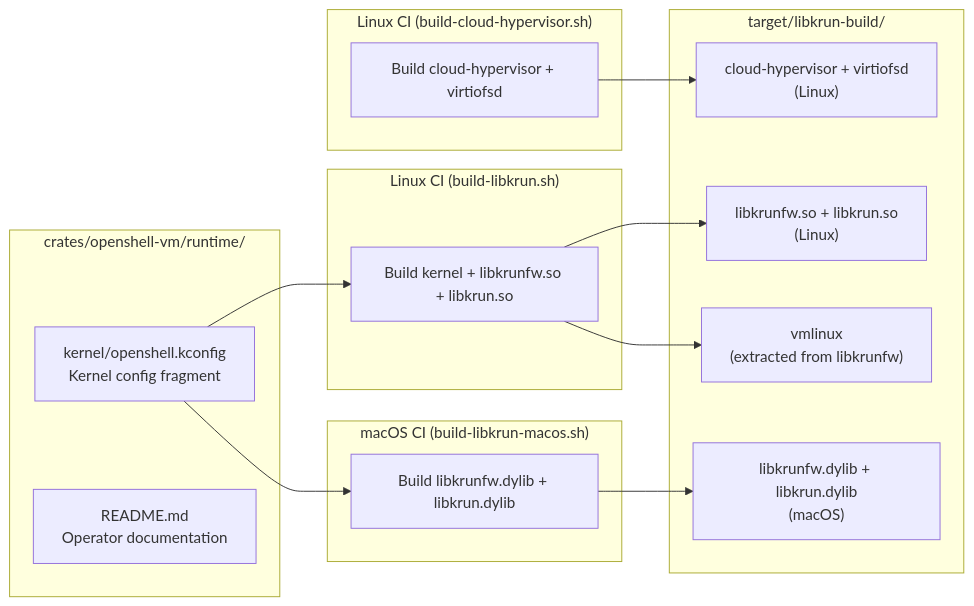
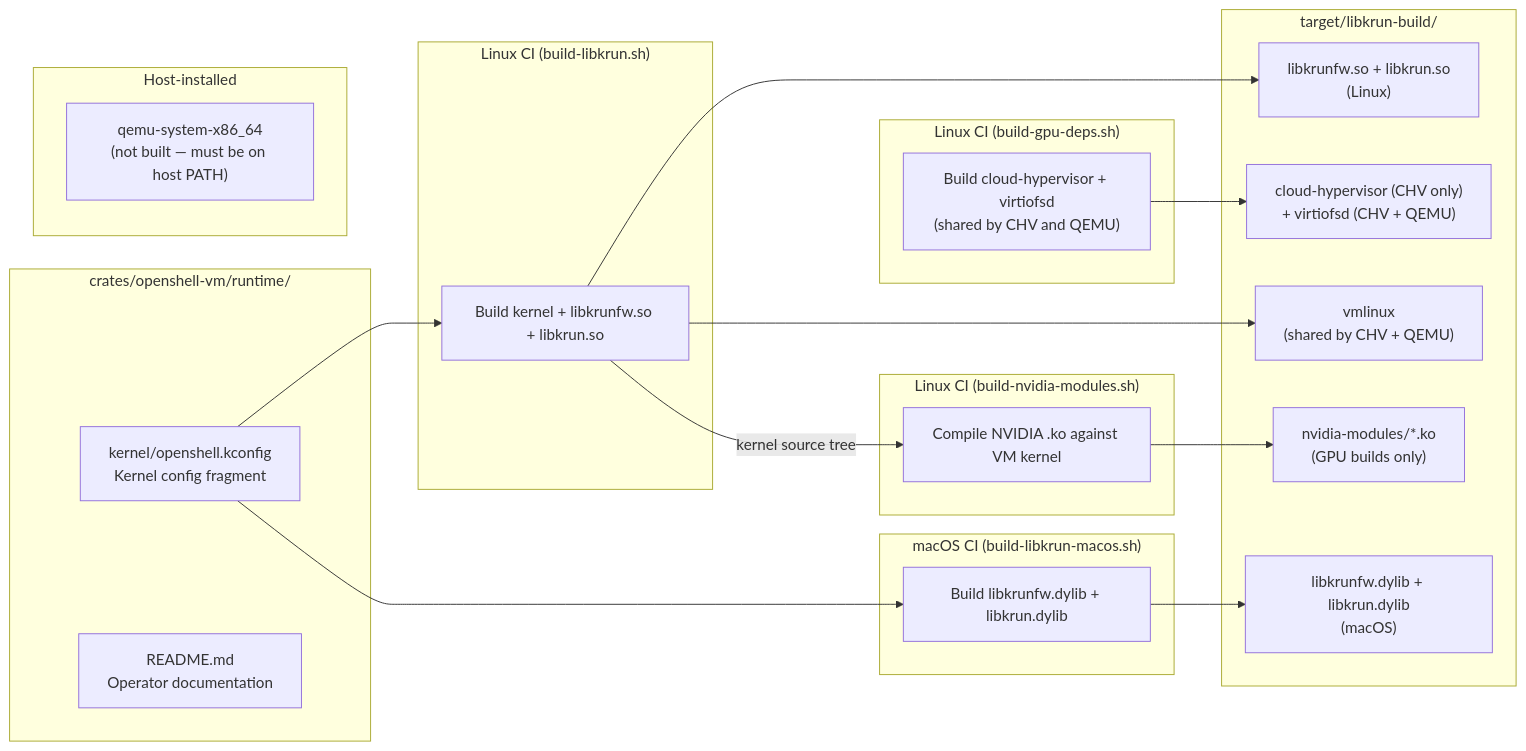
Before and after one commit to NVIDIA/OpenShell: the second of 3 diagrams in architecture/custom-vm-runtime.md, drawn with Mermaid. The commit also changed other lines of this file and 23 other files, not shown here.

````diff
--- a/architecture/custom-vm-runtime.md
+++ b/architecture/custom-vm-runtime.md
@@ -190,33 +201,44 @@
 ```mermaid
 graph LR
     subgraph Source["crates/openshell-vm/runtime/"]
         KCONF["kernel/openshell.kconfig\nKernel config fragment"]
         README["README.md\nOperator documentation"]
     end
 
     subgraph Linux["Linux CI (build-libkrun.sh)"]
         BUILD_L["Build kernel + libkrunfw.so + libkrun.so"]
     end
 
     subgraph macOS["macOS CI (build-libkrun-macos.sh)"]
         BUILD_M["Build libkrunfw.dylib + libkrun.dylib"]
     end
 
-    subgraph CHV["Linux CI (build-cloud-hypervisor.sh)"]
-        BUILD_CHV["Build cloud-hypervisor + virtiofsd"]
+    subgraph GPU["Linux CI (build-gpu-deps.sh)"]
+        BUILD_GPU["Build cloud-hypervisor + virtiofsd\n(shared by CHV and QEMU)"]
+    end
+
+    subgraph NV["Linux CI (build-nvidia-modules.sh)"]
+        BUILD_NV["Compile NVIDIA .ko against VM kernel"]
+    end
+
+    subgraph QEMU["Host-installed"]
+        QEMU_BIN["qemu-system-x86_64\n(not built — must be on host PATH)"]
     end
 
     subgraph Output["target/libkrun-build/"]
         LIB_SO["libkrunfw.so + libkrun.so\n(Linux)"]
         LIB_DY["libkrunfw.dylib + libkrun.dylib\n(macOS)"]
-        CHV_OUT["cloud-hypervisor + virtiofsd\n(Linux)"]
-        VMLINUX["vmlinux\n(extracted from libkrunfw)"]
+        CHV_OUT["cloud-hypervisor (CHV only)\n+ virtiofsd (CHV + QEMU)"]
+        VMLINUX["vmlinux\n(shared by CHV + QEMU)"]
+        NV_KO["nvidia-modules/*.ko\n(GPU builds only)"]
     end
 
     KCONF --> BUILD_L
     BUILD_L --> LIB_SO
     BUILD_L --> VMLINUX
+    BUILD_L -->|kernel source tree| BUILD_NV
+    BUILD_NV --> NV_KO
     KCONF --> BUILD_M
     BUILD_M --> LIB_DY
-    BUILD_CHV --> CHV_OUT
+    BUILD_GPU --> CHV_OUT
 ```
````
